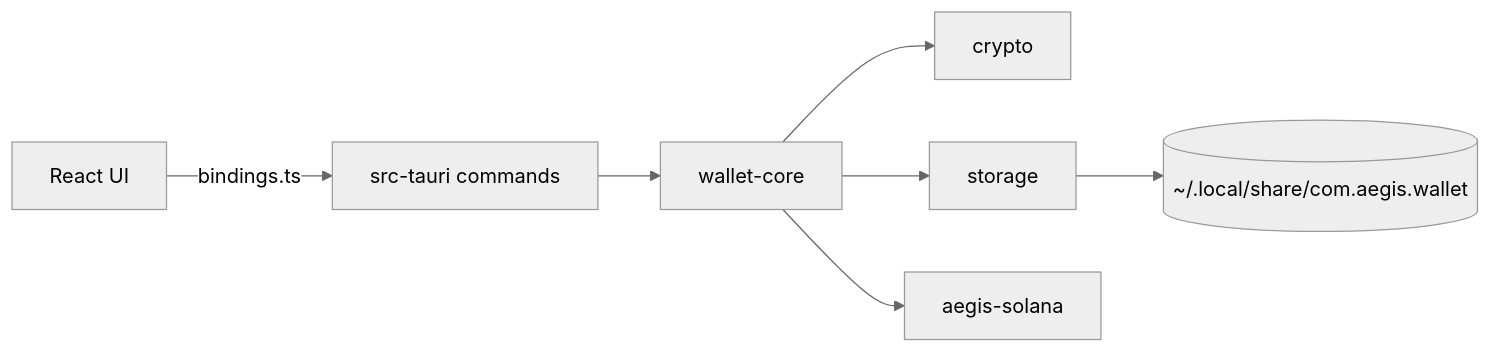
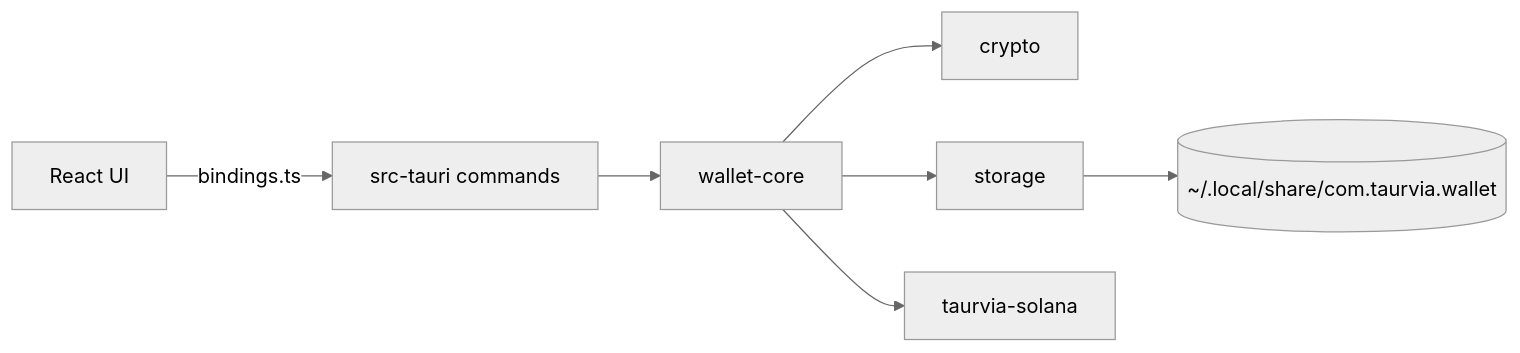
Before and after one commit to antonpiat/taurvia: the second of 2 diagrams in README.md, drawn with Mermaid (neutral theme). The commit also changed other lines of this file and 94 other files, not shown here.

````diff
--- a/README.md
+++ b/README.md
@@ -127,9 +127,9 @@
 ```mermaid
 flowchart LR
   UI["React UI"] -->|bindings.ts| Shell["src-tauri commands"]
   Shell --> WC["wallet-core"]
   WC --> CRYPTO["crypto"]
   WC --> STORE["storage"]
-  WC --> SOL["aegis-solana"]
-  STORE --> DISK[("~/.local/share/com.aegis.wallet")]
+  WC --> SOL["taurvia-solana"]
+  STORE --> DISK[("~/.local/share/com.taurvia.wallet")]
 ```
````
